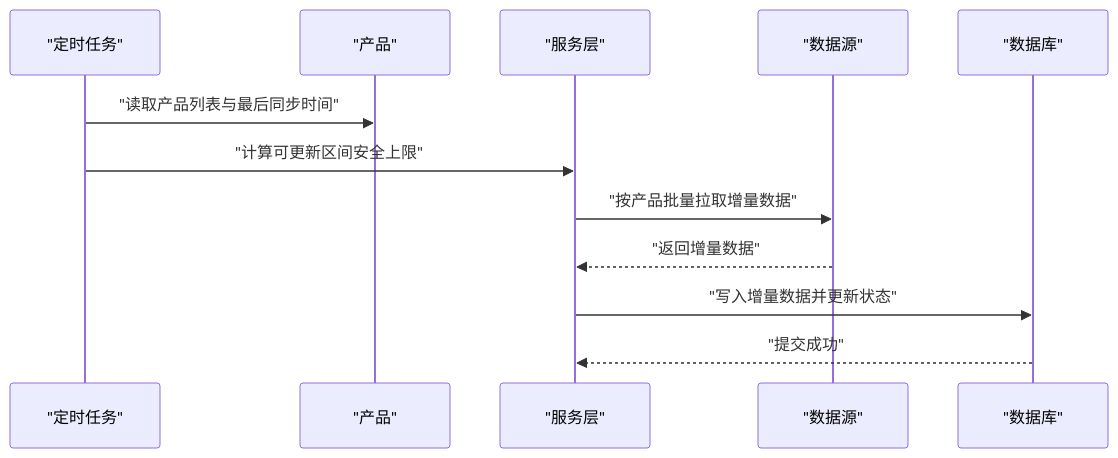
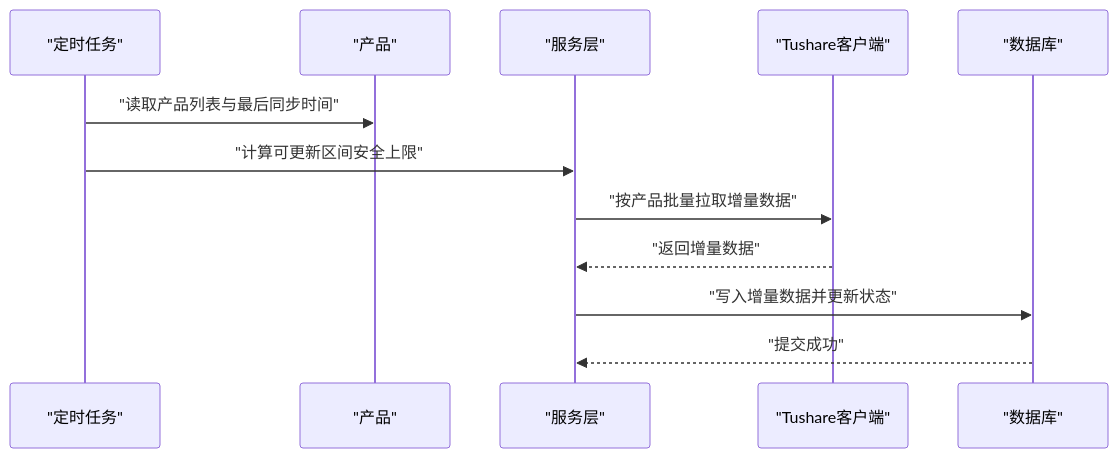
Before and after one commit to gujialind/InvestRing: the fifth of 8 diagrams in .qoder/repowiki/zh/content/数据同步系统/历史数据回补.md, drawn with Mermaid. The commit also changed other lines of this file and 39 other files, not shown here.

````diff
--- a/.qoder/repowiki/zh/content/数据同步系统/历史数据回补.md
+++ b/.qoder/repowiki/zh/content/数据同步系统/历史数据回补.md
@@ -174,14 +200,14 @@
 ```mermaid
 sequenceDiagram
 participant S as "定时任务"
 participant P as "产品"
 participant SVC as "服务层"
-participant DS as "数据源"
+participant TUSHARE as "Tushare客户端"
 participant DB as "数据库"
 S->>P : "读取产品列表与最后同步时间"
 S->>SVC : "计算可更新区间安全上限"
-SVC->>DS : "按产品批量拉取增量数据"
-DS-->>SVC : "返回增量数据"
+SVC->>TUSHARE : "按产品批量拉取增量数据"
+TUSHARE-->>SVC : "返回增量数据"
 SVC->>DB : "写入增量数据并更新状态"
 DB-->>SVC : "提交成功"
 ```
````
